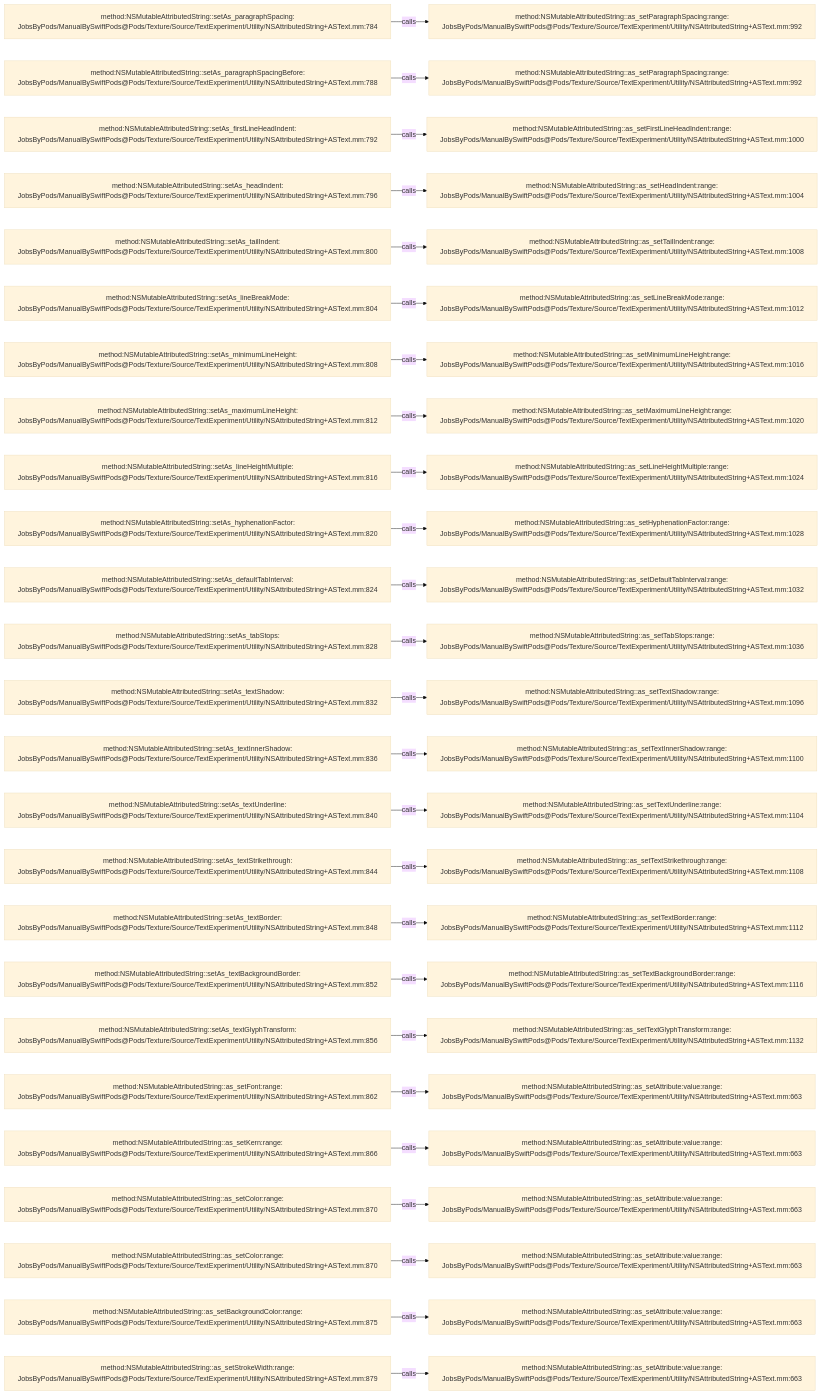
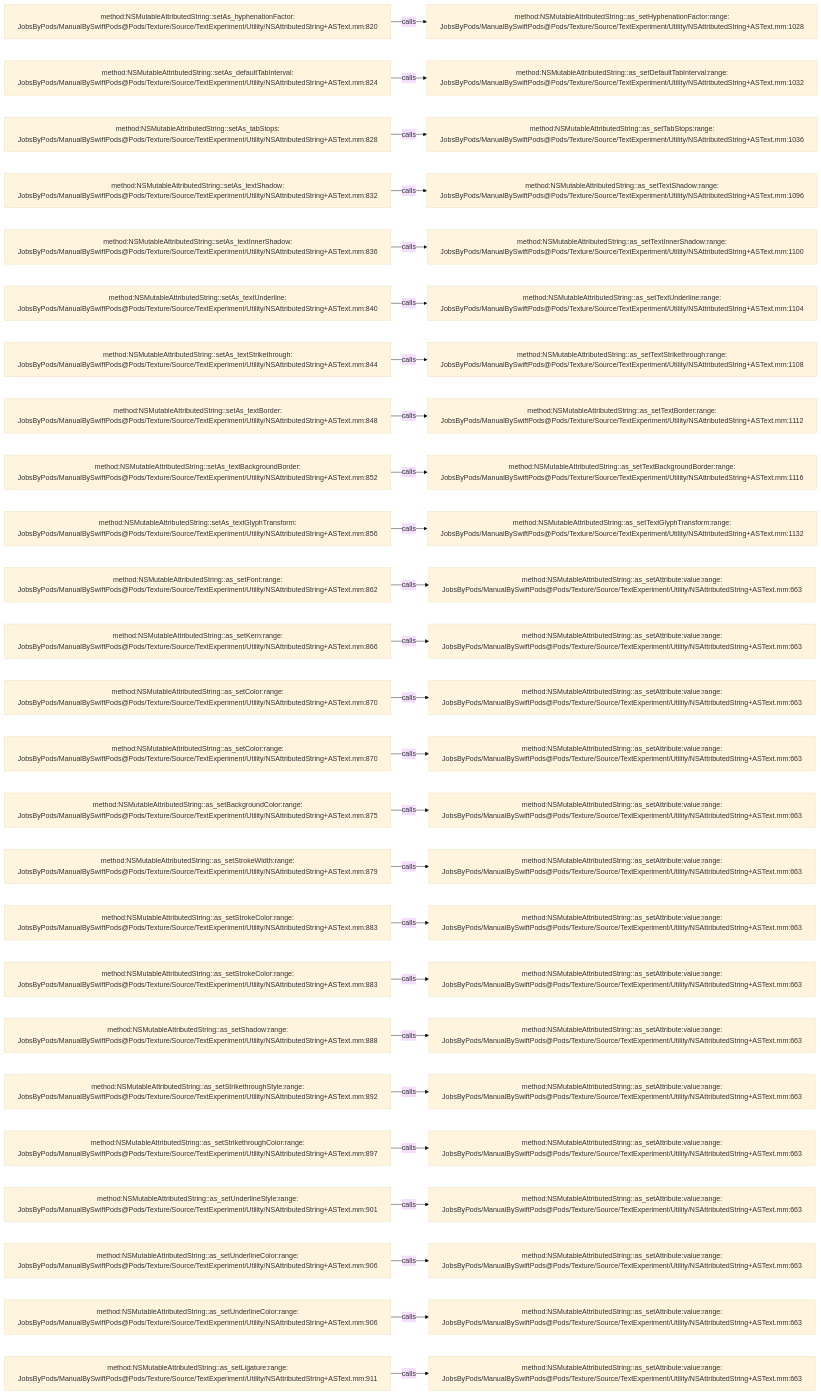
Before and after one commit to JobsKits/JobsSwiftBaseConfigDemo: the diagram in .codegraph/codegraph.md/graphs/calls-145.md, drawn with Mermaid (base theme). The commit also changed 707 other files, not shown here.

````diff
--- a/.codegraph/codegraph.md/graphs/calls-145.md
+++ b/.codegraph/codegraph.md/graphs/calls-145.md
@@ -13,78 +13,78 @@
 ```mermaid
 flowchart LR
-  S1["method:NSMutableAttributedString::setAs_paragraphSpacing:<br/>JobsByPods/ManualBySwiftPods@Pods/Texture/Source/TextExperiment/Utility/NSAttributedString+ASText.mm:784"]
-  T1["method:NSMutableAttributedString::as_setParagraphSpacing:range:<br/>JobsByPods/ManualBySwiftPods@Pods/Texture/Source/TextExperiment/Utility/NSAttributedString+ASText.mm:992"]
+  S1["method:NSMutableAttributedString::setAs_hyphenationFactor:<br/>JobsByPods/ManualBySwiftPods@Pods/Texture/Source/TextExperiment/Utility/NSAttributedString+ASText.mm:820"]
+  T1["method:NSMutableAttributedString::as_setHyphenationFactor:range:<br/>JobsByPods/ManualBySwiftPods@Pods/Texture/Source/TextExperiment/Utility/NSAttributedString+ASText.mm:1028"]
   S1 -->|calls| T1
-  S2["method:NSMutableAttributedString::setAs_paragraphSpacingBefore:<br/>JobsByPods/ManualBySwiftPods@Pods/Texture/Source/TextExperiment/Utility/NSAttributedString+ASText.mm:788"]
-  T2["method:NSMutableAttributedString::as_setParagraphSpacing:range:<br/>JobsByPods/ManualBySwiftPods@Pods/Texture/Source/TextExperiment/Utility/NSAttributedString+ASText.mm:992"]
+  S2["method:NSMutableAttributedString::setAs_defaultTabInterval:<br/>JobsByPods/ManualBySwiftPods@Pods/Texture/Source/TextExperiment/Utility/NSAttributedString+ASText.mm:824"]
+  T2["method:NSMutableAttributedString::as_setDefaultTabInterval:range:<br/>JobsByPods/ManualBySwiftPods@Pods/Texture/Source/TextExperiment/Utility/NSAttributedString+ASText.mm:1032"]
   S2 -->|calls| T2
-  S3["method:NSMutableAttributedString::setAs_firstLineHeadIndent:<br/>JobsByPods/ManualBySwiftPods@Pods/Texture/Source/TextExperiment/Utility/NSAttributedString+ASText.mm:792"]
-  T3["method:NSMutableAttributedString::as_setFirstLineHeadIndent:range:<br/>JobsByPods/ManualBySwiftPods@Pods/Texture/Source/TextExperiment/Utility/NSAttributedString+ASText.mm:1000"]
+  S3["method:NSMutableAttributedString::setAs_tabStops:<br/>JobsByPods/ManualBySwiftPods@Pods/Texture/Source/TextExperiment/Utility/NSAttributedString+ASText.mm:828"]
+  T3["method:NSMutableAttributedString::as_setTabStops:range:<br/>JobsByPods/ManualBySwiftPods@Pods/Texture/Source/TextExperiment/Utility/NSAttributedString+ASText.mm:1036"]
   S3 -->|calls| T3
-  S4["method:NSMutableAttributedString::setAs_headIndent:<br/>JobsByPods/ManualBySwiftPods@Pods/Texture/Source/TextExperiment/Utility/NSAttributedString+ASText.mm:796"]
-  T4["method:NSMutableAttributedString::as_setHeadIndent:range:<br/>JobsByPods/ManualBySwiftPods@Pods/Texture/Source/TextExperiment/Utility/NSAttributedString+ASText.mm:1004"]
+  S4["method:NSMutableAttributedString::setAs_textShadow:<br/>JobsByPods/ManualBySwiftPods@Pods/Texture/Source/TextExperiment/Utility/NSAttributedString+ASText.mm:832"]
+  T4["method:NSMutableAttributedString::as_setTextShadow:range:<br/>JobsByPods/ManualBySwiftPods@Pods/Texture/Source/TextExperiment/Utility/NSAttributedString+ASText.mm:1096"]
   S4 -->|calls| T4
-  S5["method:NSMutableAttributedString::setAs_tailIndent:<br/>JobsByPods/ManualBySwiftPods@Pods/Texture/Source/TextExperiment/Utility/NSAttributedString+ASText.mm:800"]
-  T5["method:NSMutableAttributedString::as_setTailIndent:range:<br/>JobsByPods/ManualBySwiftPods@Pods/Texture/Source/TextExperiment/Utility/NSAttributedString+ASText.mm:1008"]
+  S5["method:NSMutableAttributedString::setAs_textInnerShadow:<br/>JobsByPods/ManualBySwiftPods@Pods/Texture/Source/TextExperiment/Utility/NSAttributedString+ASText.mm:836"]
+  T5["method:NSMutableAttributedString::as_setTextInnerShadow:range:<br/>JobsByPods/ManualBySwiftPods@Pods/Texture/Source/TextExperiment/Utility/NSAttributedString+ASText.mm:1100"]
   S5 -->|calls| T5
-  S6["method:NSMutableAttributedString::setAs_lineBreakMode:<br/>JobsByPods/ManualBySwiftPods@Pods/Texture/Source/TextExperiment/Utility/NSAttributedString+ASText.mm:804"]
-  T6["method:NSMutableAttributedString::as_setLineBreakMode:range:<br/>JobsByPods/ManualBySwiftPods@Pods/Texture/Source/TextExperiment/Utility/NSAttributedString+ASText.mm:1012"]
+  S6["method:NSMutableAttributedString::setAs_textUnderline:<br/>JobsByPods/ManualBySwiftPods@Pods/Texture/Source/TextExperiment/Utility/NSAttributedString+ASText.mm:840"]
+  T6["method:NSMutableAttributedString::as_setTextUnderline:range:<br/>JobsByPods/ManualBySwiftPods@Pods/Texture/Source/TextExperiment/Utility/NSAttributedString+ASText.mm:1104"]
   S6 -->|calls| T6
-  S7["method:NSMutableAttributedString::setAs_minimumLineHeight:<br/>JobsByPods/ManualBySwiftPods@Pods/Texture/Source/TextExperiment/Utility/NSAttributedString+ASText.mm:808"]
-  T7["method:NSMutableAttributedString::as_setMinimumLineHeight:range:<br/>JobsByPods/ManualBySwiftPods@Pods/Texture/Source/TextExperiment/Utility/NSAttributedString+ASText.mm:1016"]
+  S7["method:NSMutableAttributedString::setAs_textStrikethrough:<br/>JobsByPods/ManualBySwiftPods@Pods/Texture/Source/TextExperiment/Utility/NSAttributedString+ASText.mm:844"]
+  T7["method:NSMutableAttributedString::as_setTextStrikethrough:range:<br/>JobsByPods/ManualBySwiftPods@Pods/Texture/Source/TextExperiment/Utility/NSAttributedString+ASText.mm:1108"]
   S7 -->|calls| T7
-  S8["method:NSMutableAttributedString::setAs_maximumLineHeight:<br/>JobsByPods/ManualBySwiftPods@Pods/Texture/Source/TextExperiment/Utility/NSAttributedString+ASText.mm:812"]
-  T8["method:NSMutableAttributedString::as_setMaximumLineHeight:range:<br/>JobsByPods/ManualBySwiftPods@Pods/Texture/Source/TextExperiment/Utility/NSAttributedString+ASText.mm:1020"]
+  S8["method:NSMutableAttributedString::setAs_textBorder:<br/>JobsByPods/ManualBySwiftPods@Pods/Texture/Source/TextExperiment/Utility/NSAttributedString+ASText.mm:848"]
+  T8["method:NSMutableAttributedString::as_setTextBorder:range:<br/>JobsByPods/ManualBySwiftPods@Pods/Texture/Source/TextExperiment/Utility/NSAttributedString+ASText.mm:1112"]
   S8 -->|calls| T8
-  S9["method:NSMutableAttributedString::setAs_lineHeightMultiple:<br/>JobsByPods/ManualBySwiftPods@Pods/Texture/Source/TextExperiment/Utility/NSAttributedString+ASText.mm:816"]
-  T9["method:NSMutableAttributedString::as_setLineHeightMultiple:range:<br/>JobsByPods/ManualBySwiftPods@Pods/Texture/Source/TextExperiment/Utility/NSAttributedString+ASText.mm:1024"]
+  S9["method:NSMutableAttributedString::setAs_textBackgroundBorder:<br/>JobsByPods/ManualBySwiftPods@Pods/Texture/Source/TextExperiment/Utility/NSAttributedString+ASText.mm:852"]
+  T9["method:NSMutableAttributedString::as_setTextBackgroundBorder:range:<br/>JobsByPods/ManualBySwiftPods@Pods/Texture/Source/TextExperiment/Utility/NSAttributedString+ASText.mm:1116"]
   S9 -->|calls| T9
-  S10["method:NSMutableAttributedString::setAs_hyphenationFactor:<br/>JobsByPods/ManualBySwiftPods@Pods/Texture/Source/TextExperiment/Utility/NSAttributedString+ASText.mm:820"]
-  T10["method:NSMutableAttributedString::as_setHyphenationFactor:range:<br/>JobsByPods/ManualBySwiftPods@Pods/Texture/Source/TextExperiment/Utility/NSAttributedString+ASText.mm:1028"]
+  S10["method:NSMutableAttributedString::setAs_textGlyphTransform:<br/>JobsByPods/ManualBySwiftPods@Pods/Texture/Source/TextExperiment/Utility/NSAttributedString+ASText.mm:856"]
+  T10["method:NSMutableAttributedString::as_setTextGlyphTransform:range:<br/>JobsByPods/ManualBySwiftPods@Pods/Texture/Source/TextExperiment/Utility/NSAttributedString+ASText.mm:1132"]
   S10 -->|calls| T10
-  S11["method:NSMutableAttributedString::setAs_defaultTabInterval:<br/>JobsByPods/ManualBySwiftPods@Pods/Texture/Source/TextExperiment/Utility/NSAttributedString+ASText.mm:824"]
-  T11["method:NSMutableAttributedString::as_setDefaultTabInterval:range:<br/>JobsByPods/ManualBySwiftPods@Pods/Texture/Source/TextExperiment/Utility/NSAttributedString+ASText.mm:1032"]
+  S11["method:NSMutableAttributedString::as_setFont:range:<br/>JobsByPods/ManualBySwiftPods@Pods/Texture/Source/TextExperiment/Utility/NSAttributedString+ASText.mm:862"]
+  T11["method:NSMutableAttributedString::as_setAttribute:value:range:<br/>JobsByPods/ManualBySwiftPods@Pods/Texture/Source/TextExperiment/Utility/NSAttributedString+ASText.mm:663"]
   S11 -->|calls| T11
-  S12["method:NSMutableAttributedString::setAs_tabStops:<br/>JobsByPods/ManualBySwiftPods@Pods/Texture/Source/TextExperiment/Utility/NSAttributedString+ASText.mm:828"]
-  T12["method:NSMutableAttributedString::as_setTabStops:range:<br/>JobsByPods/ManualBySwiftPods@Pods/Texture/Source/TextExperiment/Utility/NSAttributedString+ASText.mm:1036"]
+  S12["method:NSMutableAttributedString::as_setKern:range:<br/>JobsByPods/ManualBySwiftPods@Pods/Texture/Source/TextExperiment/Utility/NSAttributedString+ASText.mm:866"]
+  T12["method:NSMutableAttributedString::as_setAttribute:value:range:<br/>JobsByPods/ManualBySwiftPods@Pods/Texture/Source/TextExperiment/Utility/NSAttributedString+ASText.mm:663"]
   S12 -->|calls| T12
-  S13["method:NSMutableAttributedString::setAs_textShadow:<br/>JobsByPods/ManualBySwiftPods@Pods/Texture/Source/TextExperiment/Utility/NSAttributedString+ASText.mm:832"]
-  T13["method:NSMutableAttributedString::as_setTextShadow:range:<br/>JobsByPods/ManualBySwiftPods@Pods/Texture/Source/TextExperiment/Utility/NSAttributedString+ASText.mm:1096"]
+  S13["method:NSMutableAttributedString::as_setColor:range:<br/>JobsByPods/ManualBySwiftPods@Pods/Texture/Source/TextExperiment/Utility/NSAttributedString+ASText.mm:870"]
+  T13["method:NSMutableAttributedString::as_setAttribute:value:range:<br/>JobsByPods/ManualBySwiftPods@Pods/Texture/Source/TextExperiment/Utility/NSAttributedString+ASText.mm:663"]
   S13 -->|calls| T13
-  S14["method:NSMutableAttributedString::setAs_textInnerShadow:<br/>JobsByPods/ManualBySwiftPods@Pods/Texture/Source/TextExperiment/Utility/NSAttributedString+ASText.mm:836"]
-  T14["method:NSMutableAttributedString::as_setTextInnerShadow:range:<br/>JobsByPods/ManualBySwiftPods@Pods/Texture/Source/TextExperiment/Utility/NSAttributedString+ASText.mm:1100"]
+  S14["method:NSMutableAttributedString::as_setColor:range:<br/>JobsByPods/ManualBySwiftPods@Pods/Texture/Source/TextExperiment/Utility/NSAttributedString+ASText.mm:870"]
+  T14["method:NSMutableAttributedString::as_setAttribute:value:range:<br/>JobsByPods/ManualBySwiftPods@Pods/Texture/Source/TextExperiment/Utility/NSAttributedString+ASText.mm:663"]
   S14 -->|calls| T14
-  S15["method:NSMutableAttributedString::setAs_textUnderline:<br/>JobsByPods/ManualBySwiftPods@Pods/Texture/Source/TextExperiment/Utility/NSAttributedString+ASText.mm:840"]
-  T15["method:NSMutableAttributedString::as_setTextUnderline:range:<br/>JobsByPods/ManualBySwiftPods@Pods/Texture/Source/TextExperiment/Utility/NSAttributedString+ASText.mm:1104"]
+  S15["method:NSMutableAttributedString::as_setBackgroundColor:range:<br/>JobsByPods/ManualBySwiftPods@Pods/Texture/Source/TextExperiment/Utility/NSAttributedString+ASText.mm:875"]
+  T15["method:NSMutableAttributedString::as_setAttribute:value:range:<br/>JobsByPods/ManualBySwiftPods@Pods/Texture/Source/TextExperiment/Utility/NSAttributedString+ASText.mm:663"]
   S15 -->|calls| T15
-  S16["method:NSMutableAttributedString::setAs_textStrikethrough:<br/>JobsByPods/ManualBySwiftPods@Pods/Texture/Source/TextExperiment/Utility/NSAttributedString+ASText.mm:844"]
-  T16["method:NSMutableAttributedString::as_setTextStrikethrough:range:<br/>JobsByPods/ManualBySwiftPods@Pods/Texture/Source/TextExperiment/Utility/NSAttributedString+ASText.mm:1108"]
+  S16["method:NSMutableAttributedString::as_setStrokeWidth:range:<br/>JobsByPods/ManualBySwiftPods@Pods/Texture/Source/TextExperiment/Utility/NSAttributedString+ASText.mm:879"]
+  T16["method:NSMutableAttributedString::as_setAttribute:value:range:<br/>JobsByPods/ManualBySwiftPods@Pods/Texture/Source/TextExperiment/Utility/NSAttributedString+ASText.mm:663"]
   S16 -->|calls| T16
-  S17["method:NSMutableAttributedString::setAs_textBorder:<br/>JobsByPods/ManualBySwiftPods@Pods/Texture/Source/TextExperiment/Utility/NSAttributedString+ASText.mm:848"]
-  T17["method:NSMutableAttributedString::as_setTextBorder:range:<br/>JobsByPods/ManualBySwiftPods@Pods/Texture/Source/TextExperiment/Utility/NSAttributedString+ASText.mm:1112"]
+  S17["method:NSMutableAttributedString::as_setStrokeColor:range:<br/>JobsByPods/ManualBySwiftPods@Pods/Texture/Source/TextExperiment/Utility/NSAttributedString+ASText.mm:883"]
+  T17["method:NSMutableAttributedString::as_setAttribute:value:range:<br/>JobsByPods/ManualBySwiftPods@Pods/Texture/Source/TextExperiment/Utility/NSAttributedString+ASText.mm:663"]
   S17 -->|calls| T17
-  S18["method:NSMutableAttributedString::setAs_textBackgroundBorder:<br/>JobsByPods/ManualBySwiftPods@Pods/Texture/Source/TextExperiment/Utility/NSAttributedString+ASText.mm:852"]
-  T18["method:NSMutableAttributedString::as_setTextBackgroundBorder:range:<br/>JobsByPods/ManualBySwiftPods@Pods/Texture/Source/TextExperiment/Utility/NSAttributedString+ASText.mm:1116"]
+  S18["method:NSMutableAttributedString::as_setStrokeColor:range:<br/>JobsByPods/ManualBySwiftPods@Pods/Texture/Source/TextExperiment/Utility/NSAttributedString+ASText.mm:883"]
+  T18["method:NSMutableAttributedString::as_setAttribute:value:range:<br/>JobsByPods/ManualBySwiftPods@Pods/Texture/Source/TextExperiment/Utility/NSAttributedString+ASText.mm:663"]
   S18 -->|calls| T18
-  S19["method:NSMutableAttributedString::setAs_textGlyphTransform:<br/>JobsByPods/ManualBySwiftPods@Pods/Texture/Source/TextExperiment/Utility/NSAttributedString+ASText.mm:856"]
-  T19["method:NSMutableAttributedString::as_setTextGlyphTransform:range:<br/>JobsByPods/ManualBySwiftPods@Pods/Texture/Source/TextExperiment/Utility/NSAttributedString+ASText.mm:1132"]
+  S19["method:NSMutableAttributedString::as_setShadow:range:<br/>JobsByPods/ManualBySwiftPods@Pods/Texture/Source/TextExperiment/Utility/NSAttributedString+ASText.mm:888"]
+  T19["method:NSMutableAttributedString::as_setAttribute:value:range:<br/>JobsByPods/ManualBySwiftPods@Pods/Texture/Source/TextExperiment/Utility/NSAttributedString+ASText.mm:663"]
   S19 -->|calls| T19
-  S20["method:NSMutableAttributedString::as_setFont:range:<br/>JobsByPods/ManualBySwiftPods@Pods/Texture/Source/TextExperiment/Utility/NSAttributedString+ASText.mm:862"]
+  S20["method:NSMutableAttributedString::as_setStrikethroughStyle:range:<br/>JobsByPods/ManualBySwiftPods@Pods/Texture/Source/TextExperiment/Utility/NSAttributedString+ASText.mm:892"]
   T20["method:NSMutableAttributedString::as_setAttribute:value:range:<br/>JobsByPods/ManualBySwiftPods@Pods/Texture/Source/TextExperiment/Utility/NSAttributedString+ASText.mm:663"]
   S20 -->|calls| T20
-  S21["method:NSMutableAttributedString::as_setKern:range:<br/>JobsByPods/ManualBySwiftPods@Pods/Texture/Source/TextExperiment/Utility/NSAttributedString+ASText.mm:866"]
+  S21["method:NSMutableAttributedString::as_setStrikethroughColor:range:<br/>JobsByPods/ManualBySwiftPods@Pods/Texture/Source/TextExperiment/Utility/NSAttributedString+ASText.mm:897"]
   T21["method:NSMutableAttributedString::as_setAttribute:value:range:<br/>JobsByPods/ManualBySwiftPods@Pods/Texture/Source/TextExperiment/Utility/NSAttributedString+ASText.mm:663"]
   S21 -->|calls| T21
-  S22["method:NSMutableAttributedString::as_setColor:range:<br/>JobsByPods/ManualBySwiftPods@Pods/Texture/Source/TextExperiment/Utility/NSAttributedString+ASText.mm:870"]
+  S22["method:NSMutableAttributedString::as_setUnderlineStyle:range:<br/>JobsByPods/ManualBySwiftPods@Pods/Texture/Source/TextExperiment/Utility/NSAttributedString+ASText.mm:901"]
   T22["method:NSMutableAttributedString::as_setAttribute:value:range:<br/>JobsByPods/ManualBySwiftPods@Pods/Texture/Source/TextExperiment/Utility/NSAttributedString+ASText.mm:663"]
   S22 -->|calls| T22
-  S23["method:NSMutableAttributedString::as_setColor:range:<br/>JobsByPods/ManualBySwiftPods@Pods/Texture/Source/TextExperiment/Utility/NSAttributedString+ASText.mm:870"]
+  S23["method:NSMutableAttributedString::as_setUnderlineColor:range:<br/>JobsByPods/ManualBySwiftPods@Pods/Texture/Source/TextExperiment/Utility/NSAttributedString+ASText.mm:906"]
   T23["method:NSMutableAttributedString::as_setAttribute:value:range:<br/>JobsByPods/ManualBySwiftPods@Pods/Texture/Source/TextExperiment/Utility/NSAttributedString+ASText.mm:663"]
   S23 -->|calls| T23
-  S24["method:NSMutableAttributedString::as_setBackgroundColor:range:<br/>JobsByPods/ManualBySwiftPods@Pods/Texture/Source/TextExperiment/Utility/NSAttributedString+ASText.mm:875"]
+  S24["method:NSMutableAttributedString::as_setUnderlineColor:range:<br/>JobsByPods/ManualBySwiftPods@Pods/Texture/Source/TextExperiment/Utility/NSAttributedString+ASText.mm:906"]
   T24["method:NSMutableAttributedString::as_setAttribute:value:range:<br/>JobsByPods/ManualBySwiftPods@Pods/Texture/Source/TextExperiment/Utility/NSAttributedString+ASText.mm:663"]
   S24 -->|calls| T24
-  S25["method:NSMutableAttributedString::as_setStrokeWidth:range:<br/>JobsByPods/ManualBySwiftPods@Pods/Texture/Source/TextExperiment/Utility/NSAttributedString+ASText.mm:879"]
+  S25["method:NSMutableAttributedString::as_setLigature:range:<br/>JobsByPods/ManualBySwiftPods@Pods/Texture/Source/TextExperiment/Utility/NSAttributedString+ASText.mm:911"]
   T25["method:NSMutableAttributedString::as_setAttribute:value:range:<br/>JobsByPods/ManualBySwiftPods@Pods/Texture/Source/TextExperiment/Utility/NSAttributedString+ASText.mm:663"]
   S25 -->|calls| T25
 ```
````
